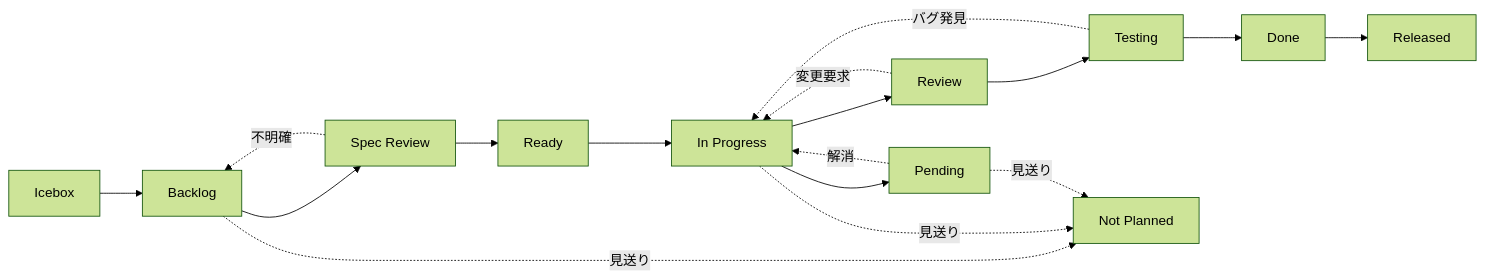
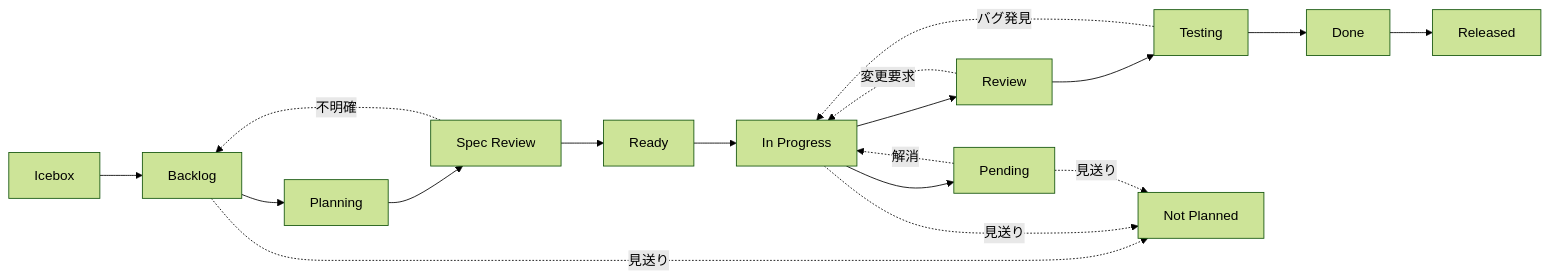
The diagram in plugin/shirokuma-skills-ja/skills/github-project-setup/reference/status-options.md (ShirokumaLibrary/shirokuma-docs), drawn with Mermaid (forest theme) before and after one commit. The commit also changed other lines of this file and 23 other files, not shown here.

````diff
--- a/plugin/shirokuma-skills-ja/skills/github-project-setup/reference/status-options.md
+++ b/plugin/shirokuma-skills-ja/skills/github-project-setup/reference/status-options.md
@@ -5,19 +5,20 @@
 ```mermaid
 graph LR
     Icebox[Icebox] --> Backlog[Backlog]
-    Backlog --> SpecReview[Spec Review]
+    Backlog --> Planning[Planning]
+    Planning --> SpecReview[Spec Review]
     SpecReview --> Ready[Ready]
     SpecReview -.->|不明確| Backlog
     Ready --> InProgress[In Progress]
     InProgress --> Pending[Pending]
     Pending -.->|解消| InProgress
     InProgress --> Review[Review]
     Review --> Testing[Testing]
     Review -.->|変更要求| InProgress
     Testing --> Done[Done]
     Testing -.->|バグ発見| InProgress
     Done --> Released[Released]
     Backlog -.->|見送り| NotPlanned[Not Planned]
     InProgress -.->|見送り| NotPlanned
     Pending -.->|見送り| NotPlanned
 ```
````
